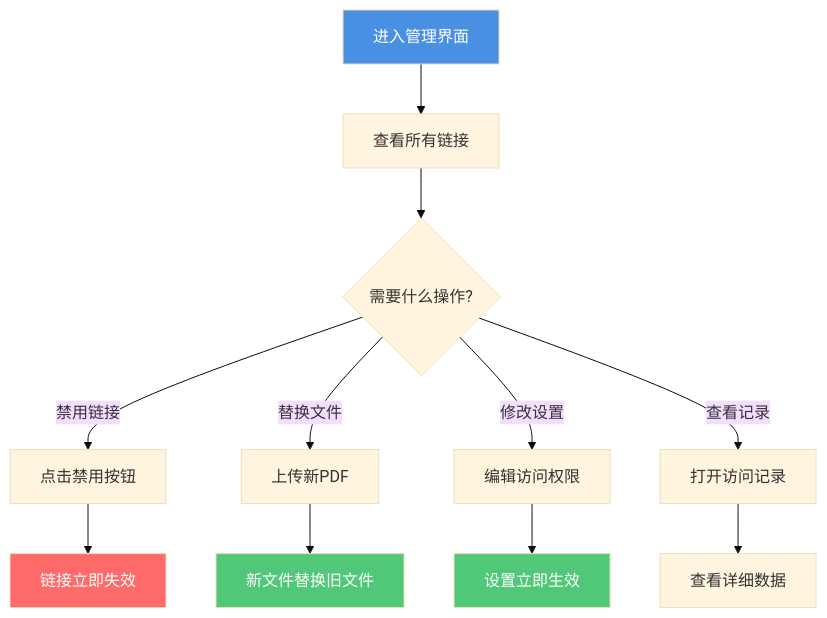
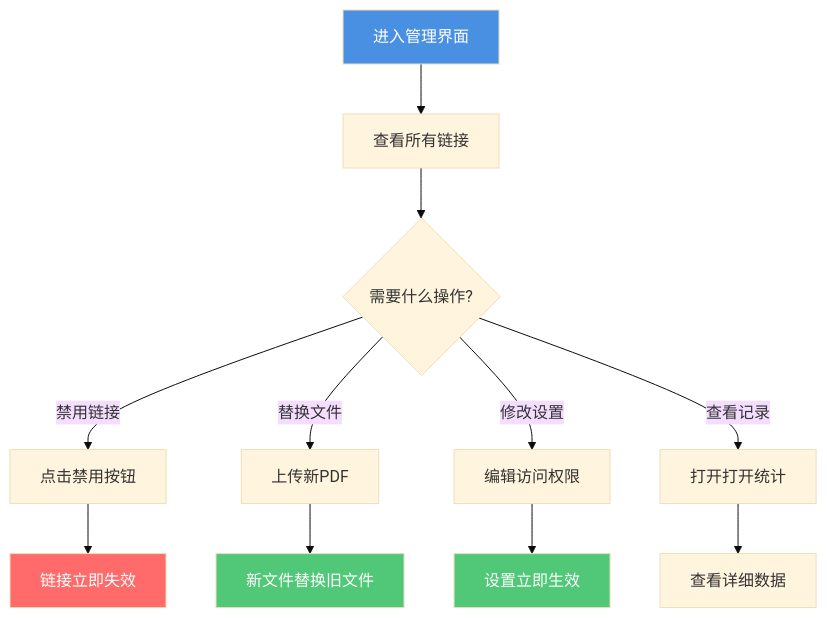
One commit to mythenigma/cloudflareAstro changed the seventh of 12 diagrams in src/content/blog/cn/pdf-sharing-introduction.md. Above: the diagram before and after it, drawn with Mermaid (base theme). The commit also changed other lines of this file and 353 other files, not shown here.

````diff
--- a/src/content/blog/cn/pdf-sharing-introduction.md
+++ b/src/content/blog/cn/pdf-sharing-introduction.md
@@ -234,18 +234,18 @@
 ```mermaid
 flowchart TD
     A[进入管理界面] --> B[查看所有链接]
     B --> C{需要什么操作?}
     C -->|禁用链接| D[点击禁用按钮]
     C -->|替换文件| E[上传新PDF]
     C -->|修改设置| F[编辑访问权限]
-    C -->|查看记录| G[打开访问记录]
+    C -->|查看记录| G[打开打开统计]
     D --> H[链接立即失效]
     E --> I[新文件替换旧文件]
     F --> J[设置立即生效]
     G --> K[查看详细数据]
     
     style A fill:#4A90E2,color:#fff
     style H fill:#FF6B6B,color:#fff
     style I fill:#50C878,color:#fff
     style J fill:#50C878,color:#fff
 ```
````
